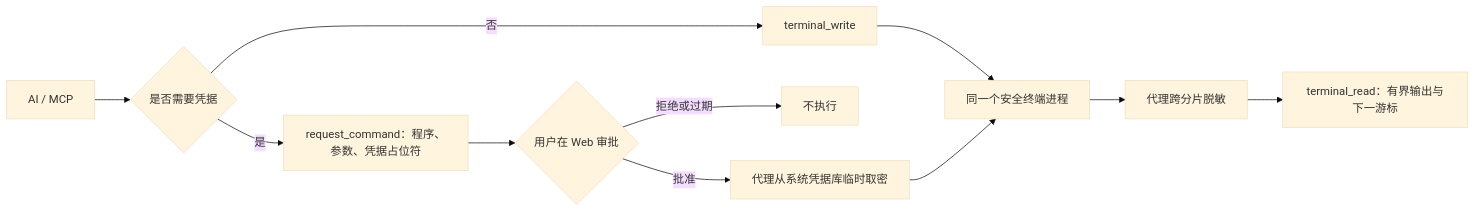
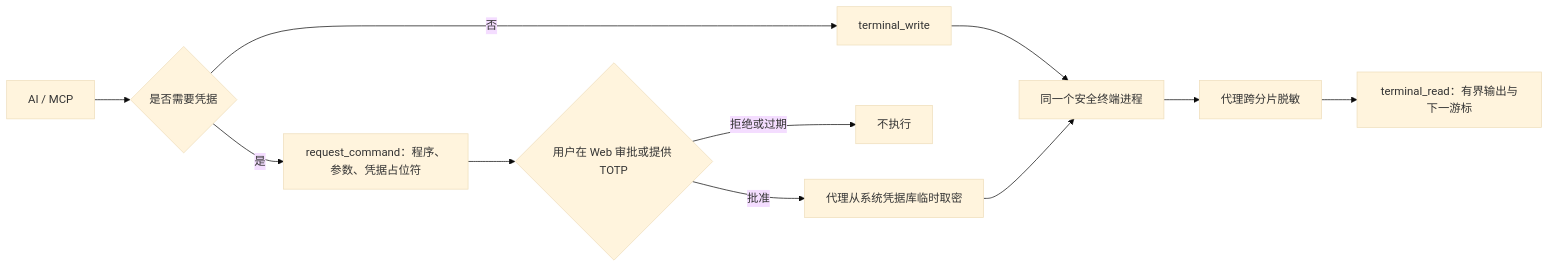
One commit to qq940500529/secretbridge changed the diagram in docs/AI终端与实时状态.md. Above: the diagram before and after it, drawn with Mermaid (base theme). The commit also changed other lines of this file and 35 other files, not shown here.

````diff
--- a/docs/AI终端与实时状态.md
+++ b/docs/AI终端与实时状态.md
@@ -9,13 +9,13 @@
 ```mermaid
 flowchart LR
     A["AI / MCP"] --> C{"是否需要凭据"}
     C -->|否| W["terminal_write"]
     C -->|是| R["request_command：程序、参数、凭据占位符"]
-    R --> H{"用户在 Web 审批"}
+    R --> H{"用户在 Web 审批或提供 TOTP"}
     H -->|拒绝或过期| X["不执行"]
     H -->|批准| I["代理从系统凭据库临时取密"]
     W --> T["同一个安全终端进程"]
     I --> T
     T --> D["代理跨分片脱敏"]
     D --> M["terminal_read：有界输出与下一游标"]
 ```
````
